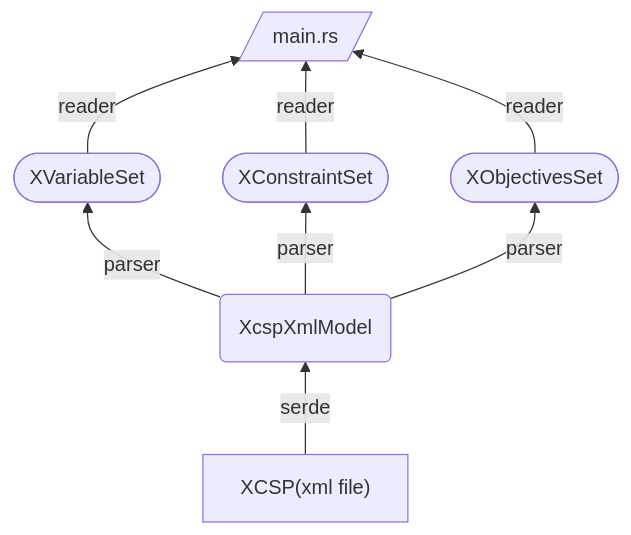
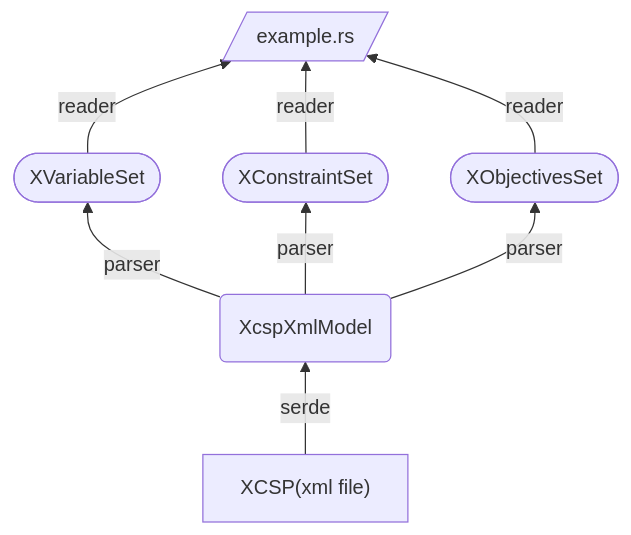
The first of 4 diagrams in README.md (luhanzhen/xcsp3-rust), drawn with Mermaid before and after one commit. The commit also changed other lines of this file and 1 other file, not shown here.

Commit message:
2023.8.1 中午11点提交，

````diff
--- a/README.md
+++ b/README.md
@@ -61,11 +61,11 @@
 ```mermaid
 graph BT
 A["XCSP(xml file)"] --serde--> B(XcspXmlModel)
 B --parser--> C([XVariableSet])
 B --parser--> D([XConstraintSet])
 B --parser--> E([XObjectivesSet])
-C --reader--> F[/main.rs/]
+C --reader--> F[/example.rs/]
 D --reader--> F
 E --reader--> F
 
 ```
````
